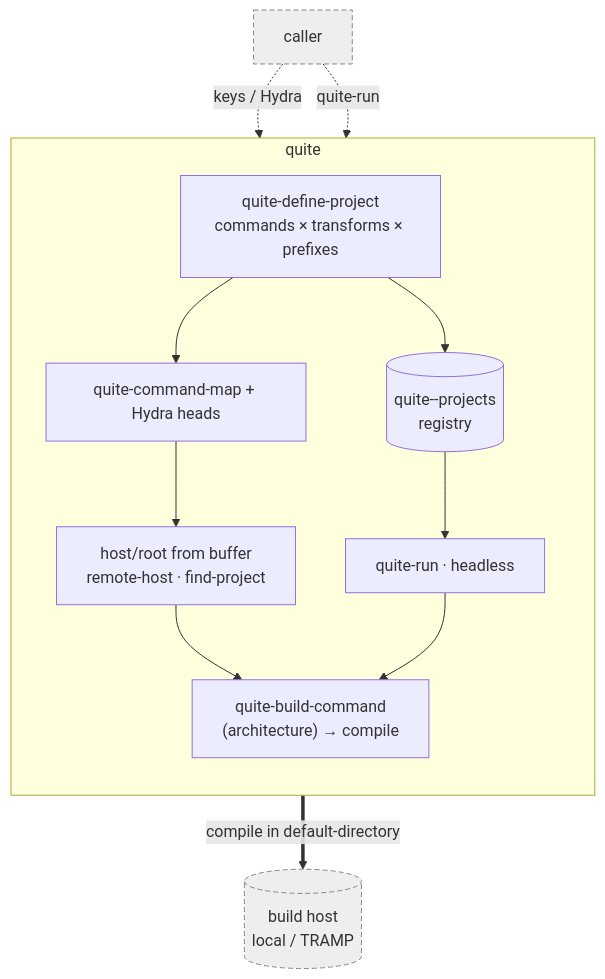
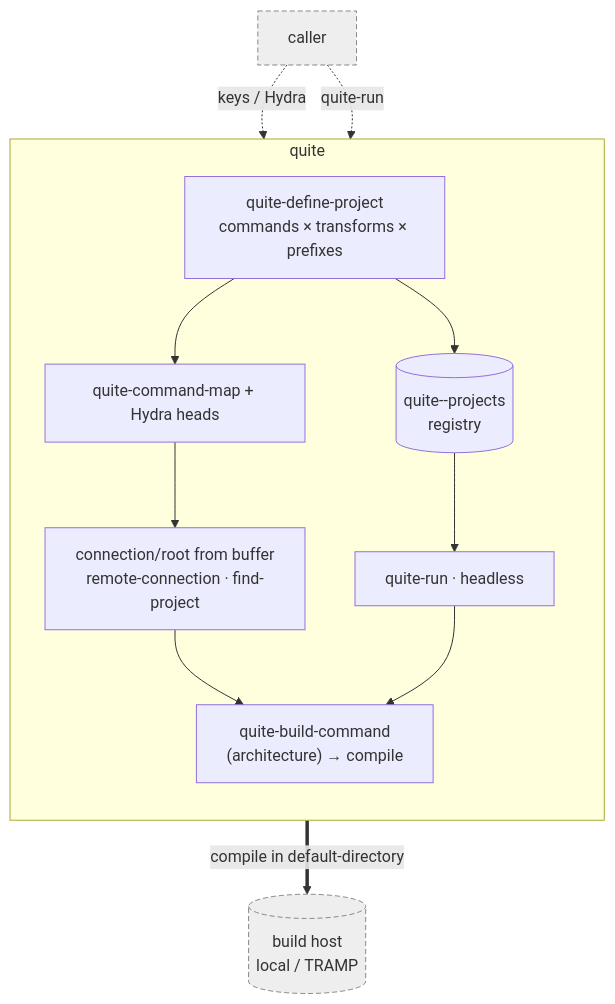
The diagram in CONTRIBUTING.md (greened/quite), drawn with Mermaid before and after one commit. The commit also changed other lines of this file and 7 other files, not shown here.

````diff
--- a/CONTRIBUTING.md
+++ b/CONTRIBUTING.md
@@ -21,24 +21,24 @@
 ```mermaid
 flowchart TB
   subgraph quite
     direction TB
     DEF["quite-define-project<br/>commands × transforms × prefixes"]
     REG[("quite--projects<br/>registry")]
     MAP["quite-command-map + Hydra heads"]
     RUN["quite-run · headless"]
-    CTX["host/root from buffer<br/>remote-host · find-project"]
+    CTX["connection/root from buffer<br/>remote-connection · find-project"]
     CMD["quite-build-command<br/>(architecture) → compile"]
     DEF --> REG
     DEF --> MAP
     REG --> RUN
     MAP --> CTX --> CMD
     RUN --> CMD
   end
   CALLER["caller"]
   HOST[("build host<br/>local / TRAMP")]
   CALLER -. "keys / Hydra" .-> MAP
   CALLER -. "quite-run" .-> RUN
   CMD == "compile in default-directory" ==> HOST
   classDef ext fill:#eee,stroke:#888,stroke-dasharray:5 3;
   class CALLER,HOST ext;
 ```
````
